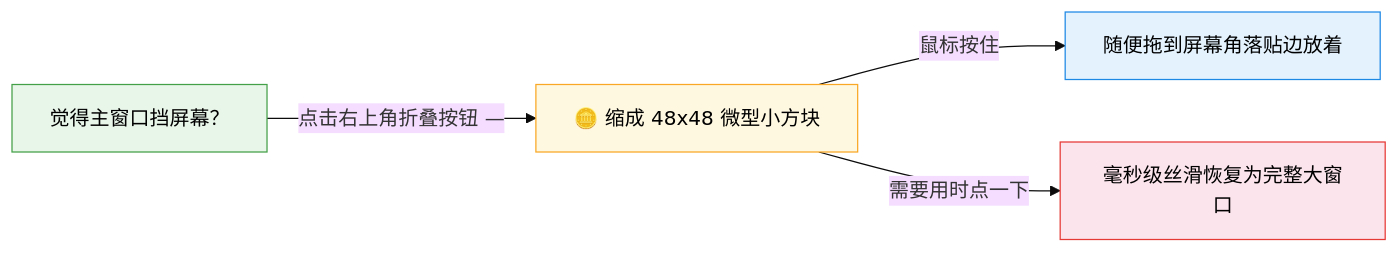
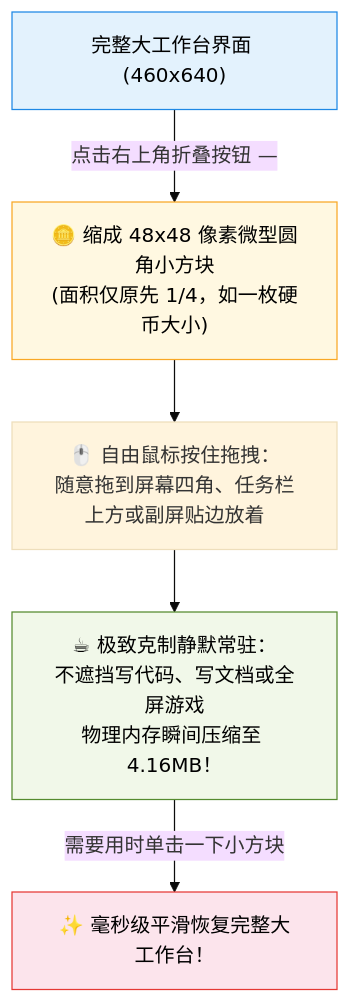
The seventh of 7 diagrams in README.md (CatBoss-Paw/EasyClipboard), drawn with Mermaid (base theme) before and after one commit. The commit also changed other lines of this file, not shown here.

Commit message:
docs: 完善README全景架构与六大核心特性的详细全链路Mermaid图解与精修话术

````diff
--- a/README.md
+++ b/README.md
@@ -187,11 +272,14 @@
 ```mermaid
-graph LR
-    A["觉得主窗口挡屏幕？"] -->|点击右上角折叠按钮 —| B["🪙 缩成 48x48 微型小方块"]
-    B -->|鼠标按住| C["随便拖到屏幕角落贴边放着"]
-    B -->|需要用时点一下| D["毫秒级丝滑恢复为完整大窗口"]
+graph TD
+    FULL_WIN["完整大工作台界面 (460x640)"] -->|点击右上角折叠按钮 —| COLLAPSE["🪙 缩成 48x48 像素微型圆角小方块<br/>(面积仅原先 1/4，如一枚硬币大小)"]
 
-    style A fill:#e8f5e9,stroke:#43a047,color:#000
-    style B fill:#fff8e1,stroke:#f9a825,color:#000
-    style C fill:#e3f2fd,stroke:#1e88e5,color:#000
-    style D fill:#fce4ec,stroke:#e53935,color:#000
+    COLLAPSE --> MOVE["🖱️ 自由鼠标按住拖拽：<br/>随意拖到屏幕四角、任务栏上方或副屏贴边放着"]
+    MOVE --> IDLE["☕ 极致克制静默常驻：<br/>不遮挡写代码、写文档或全屏游戏<br/>物理内存瞬间压缩至 4.16MB！"]
+
+    IDLE -->|需要用时单击一下小方块| EXPAND["✨ 毫秒级平滑恢复完整大工作台！"]
+
+    style FULL_WIN fill:#e3f2fd,stroke:#1e88e5,color:#000
+    style COLLAPSE fill:#fff8e1,stroke:#f9a825,color:#000
+    style IDLE fill:#f1f8e9,stroke:#558b2f,color:#000
+    style EXPAND fill:#fce4ec,stroke:#e53935,color:#000
 ```
````
